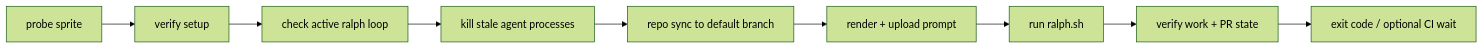
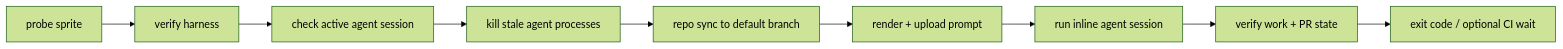
One commit to misty-step/bitterblossom changed the second of 5 diagrams in docs/architecture/bb-cli.md. Above: the diagram before and after it, drawn with Mermaid (forest theme). The commit also changed other lines of this file and 49 other files, not shown here.

````diff
--- a/docs/architecture/bb-cli.md
+++ b/docs/architecture/bb-cli.md
@@ -27,11 +27,11 @@
 ```mermaid
 flowchart LR
-    Probe["probe sprite"] --> Config["verify setup"]
-    Config --> Busy["check active ralph loop"]
+    Probe["probe sprite"] --> Config["verify harness"]
+    Config --> Busy["check active agent session"]
     Busy --> Cleanup["kill stale agent processes"]
     Cleanup --> Sync["repo sync to default branch"]
     Sync --> Prompt["render + upload prompt"]
-    Prompt --> Ralph["run ralph.sh"]
-    Ralph --> Verify["verify work + PR state"]
+    Prompt --> Session["run inline agent session"]
+    Session --> Verify["verify work + PR state"]
     Verify --> Exit["exit code / optional CI wait"]
 ```
````
